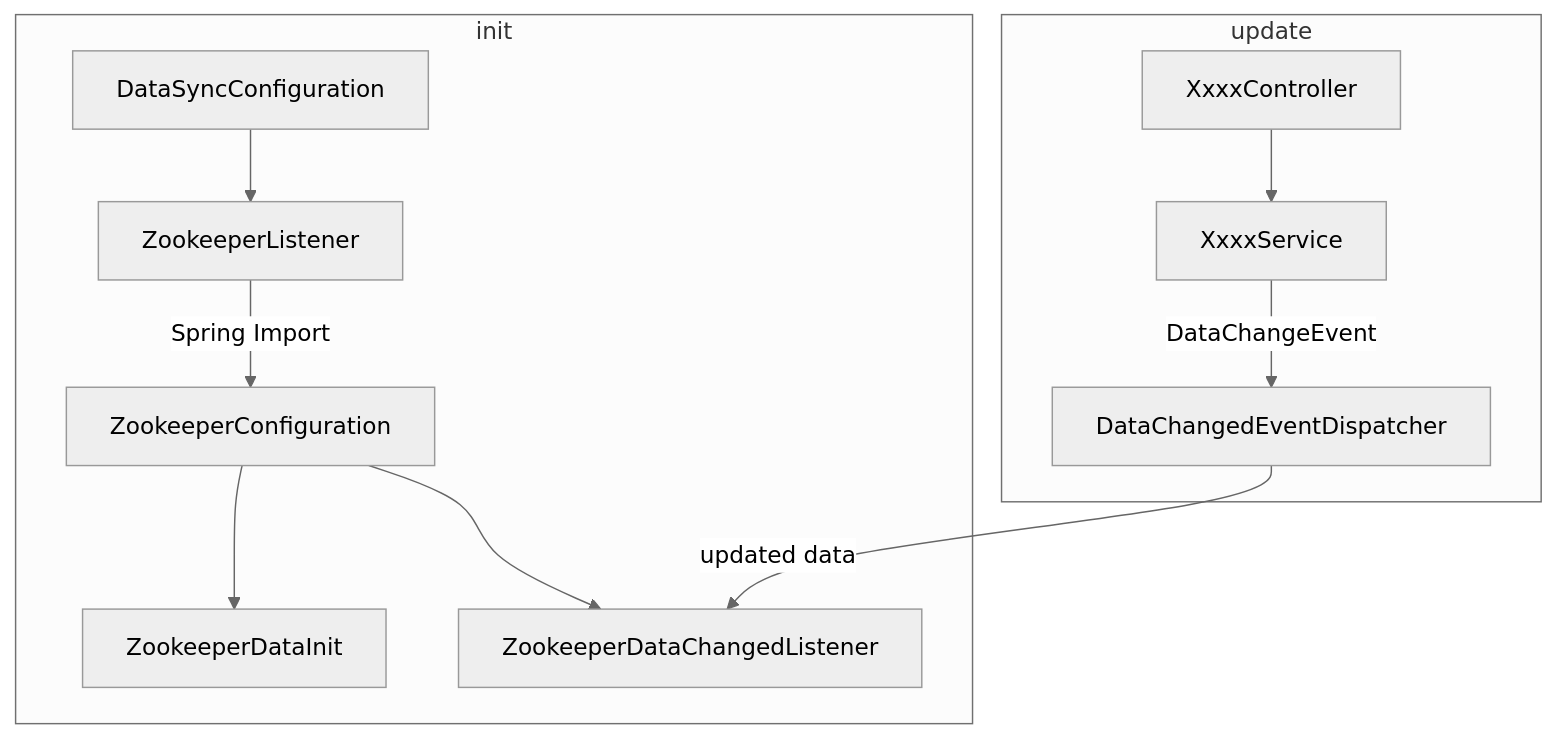
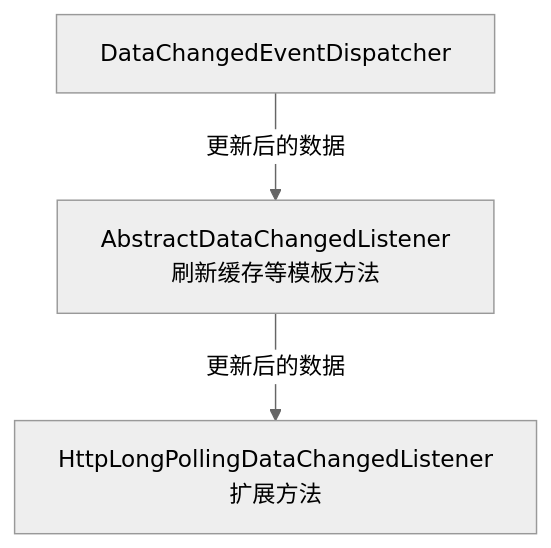
The second of 3 diagrams in source_code/soul源码分析数据同步篇之HTTP长轮询同步流程.md (evasnowind/ArchKnowledgeTree), drawn with Mermaid (neutral theme) before and after one commit. The commit also changed other lines of this file and 3 other files, not shown here.

Commit message:
add soul code analysis: http long polling analysis and divide living probe analysis

````diff
--- a/source_code/soul源码分析数据同步篇之HTTP长轮询同步流程.md
+++ b/source_code/soul源码分析数据同步篇之HTTP长轮询同步流程.md
@@ -375,9 +191,4 @@
 ```mermaid
 graph TB
-subgraph init
-    DataSyncConfiguration --> ZookeeperListener -->|Spring Import| ZookeeperConfiguration --> ZookeeperDataInit & ZookeeperDataChangedListener
-end
-subgraph update
-XxxxController --> XxxxService --> |DataChangeEvent|DataChangedEventDispatcher -->|updated data|ZookeeperDataChangedListener
-end
+DataChangedEventDispatcher --> |更新后的数据|AbstractDataChangedListener刷新缓存等模板方法 --> |更新后的数据|HttpLongPollingDataChangedListener扩展方法
 ```
````
